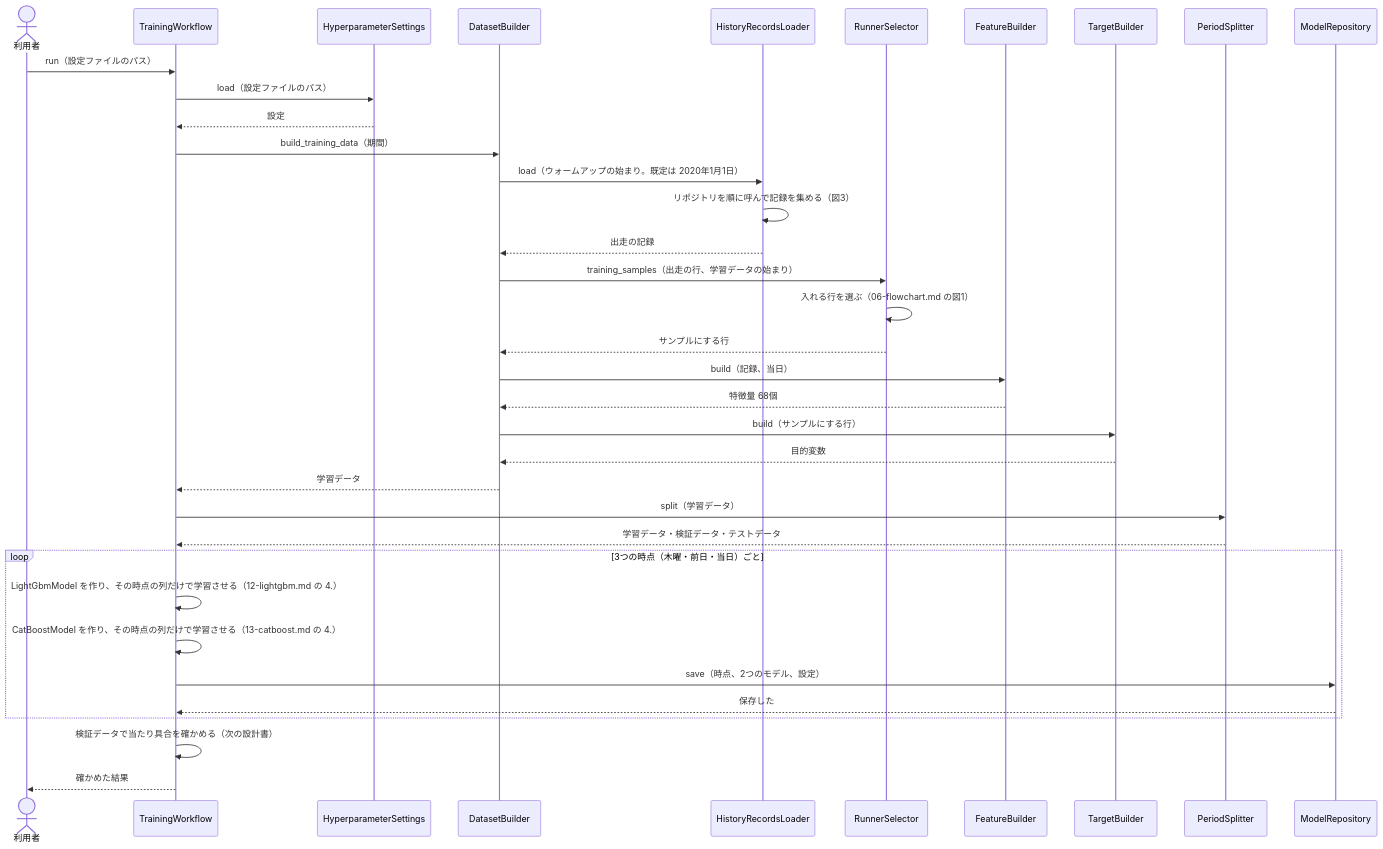
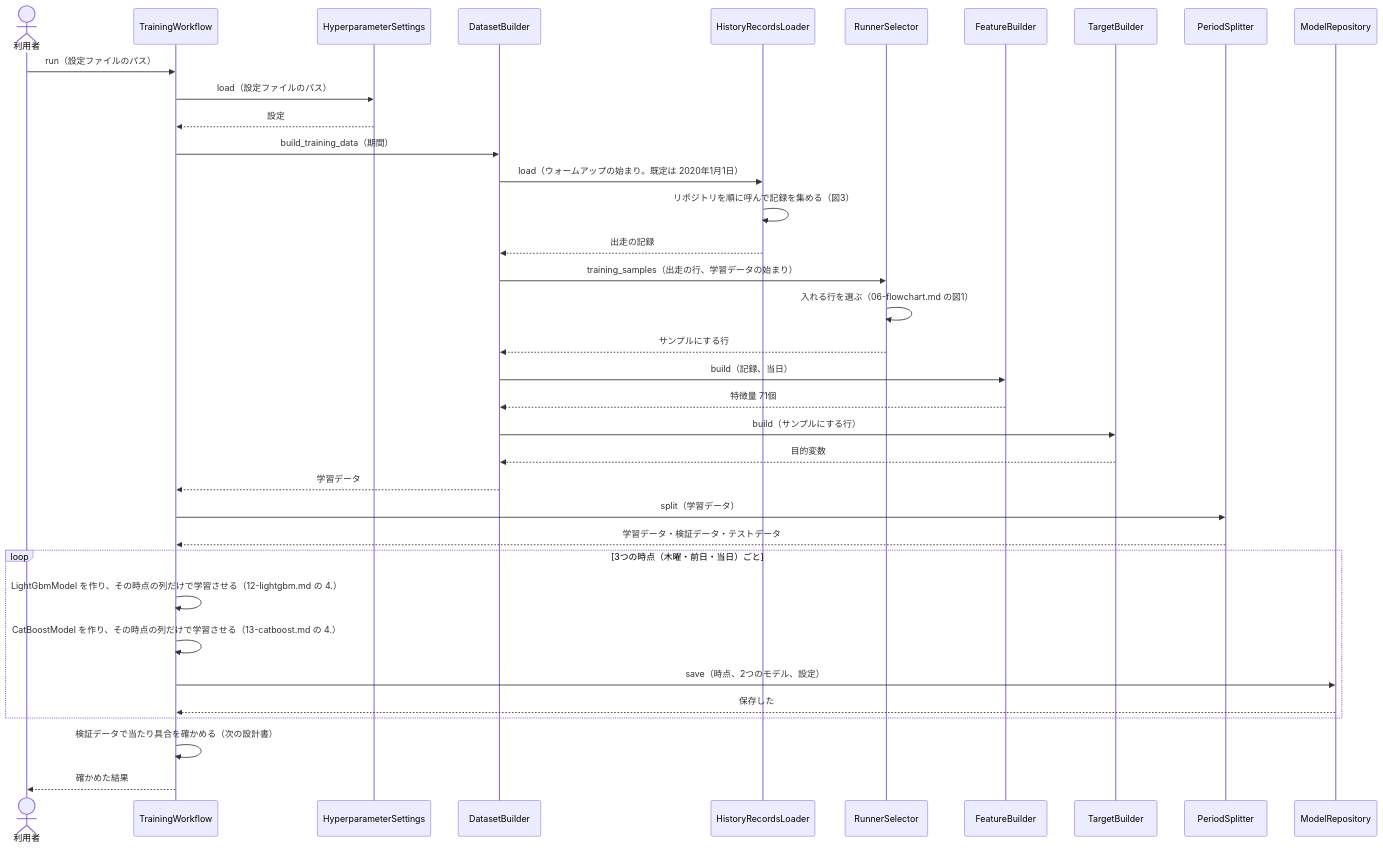
The first of 4 diagrams in docs/design/近走と適性から3着以内を予想/05-sequence.md (ht-0328/keiba-yosou), drawn with Mermaid before and after one commit. The commit also changed other lines of this file and 124 other files, not shown here.

````diff
--- a/docs/design/近走と適性から3着以内を予想/05-sequence.md
+++ b/docs/design/近走と適性から3着以内を予想/05-sequence.md
@@ -40,38 +40,38 @@
 ```mermaid
 sequenceDiagram
     actor U as 利用者
     participant W as TrainingWorkflow
     participant H as HyperparameterSettings
     participant D as DatasetBuilder
     participant L as HistoryRecordsLoader
     participant RS as RunnerSelector
     participant F as FeatureBuilder
     participant T as TargetBuilder
     participant S as PeriodSplitter
     participant MR as ModelRepository
     U->>W: run（設定ファイルのパス）
     W->>H: load（設定ファイルのパス）
     H-->>W: 設定
     W->>D: build_training_data（期間）
     D->>L: load（ウォームアップの始まり。既定は 2020年1月1日）
     L->>L: リポジトリを順に呼んで記録を集める（図3）
     L-->>D: 出走の記録
     D->>RS: training_samples（出走の行、学習データの始まり）
     RS->>RS: 入れる行を選ぶ（06-flowchart.md の図1）
     RS-->>D: サンプルにする行
     D->>F: build（記録、当日）
-    F-->>D: 特徴量 68個
+    F-->>D: 特徴量 71個
     D->>T: build（サンプルにする行）
     T-->>D: 目的変数
     D-->>W: 学習データ
     W->>S: split（学習データ）
     S-->>W: 学習データ・検証データ・テストデータ
     loop 3つの時点（木曜・前日・当日）ごと
         W->>W: LightGbmModel を作り、その時点の列だけで学習させる（12-lightgbm.md の 4.）
         W->>W: CatBoostModel を作り、その時点の列だけで学習させる（13-catboost.md の 4.）
         W->>MR: save（時点、2つのモデル、設定）
         MR-->>W: 保存した
     end
     W->>W: 検証データで当たり具合を確かめる（次の設計書）
     W-->>U: 確かめた結果
 ```
````
